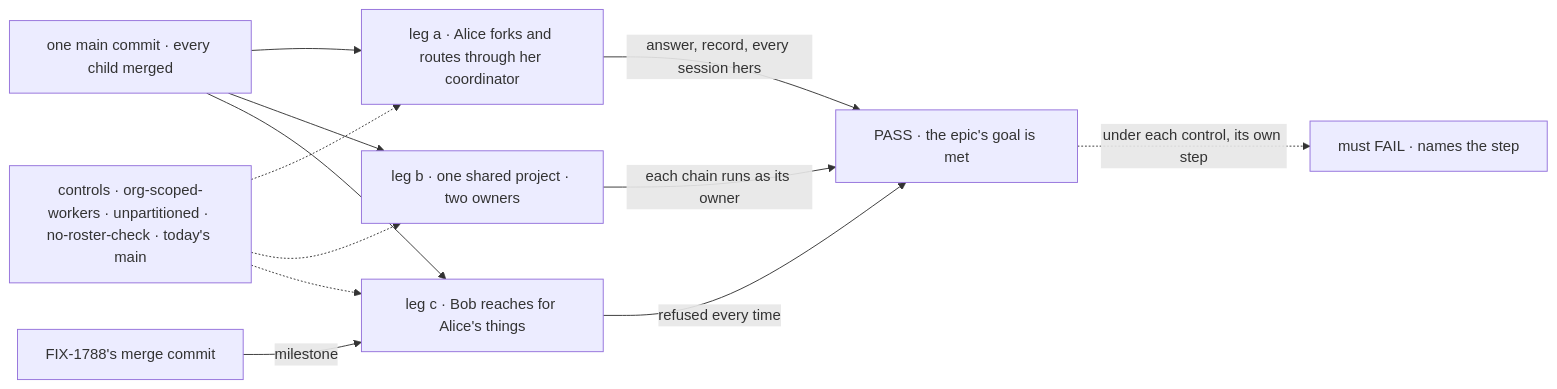
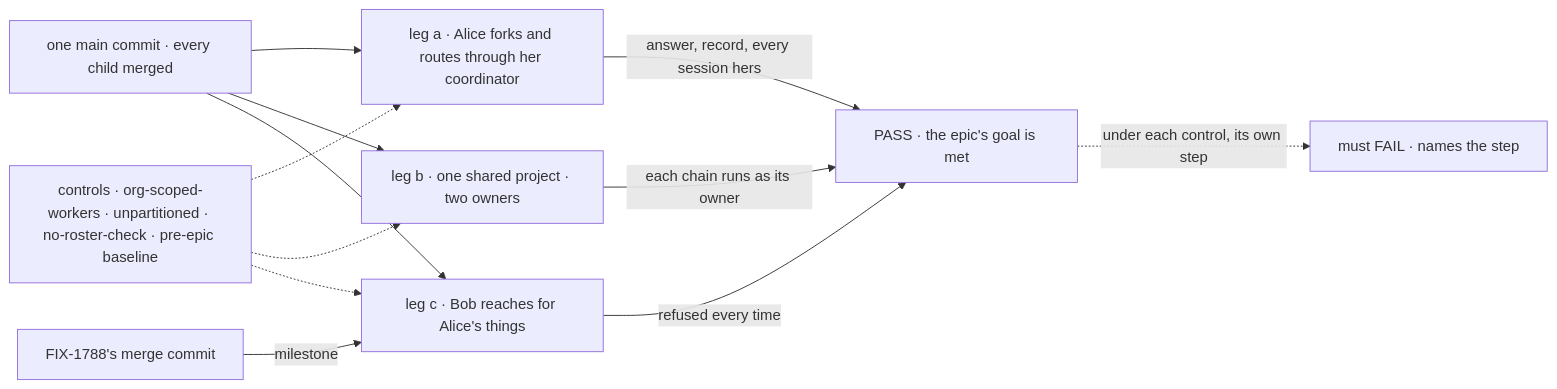
Before and after one commit to fixpoint-labs/flow-state-dev: the diagram in specs/issues/FIX-1797/SPEC.md, drawn with Mermaid. The commit also changed other lines of this file and 4 other files, not shown here.

````diff
--- a/specs/issues/FIX-1797/SPEC.md
+++ b/specs/issues/FIX-1797/SPEC.md
@@ -32,14 +32,14 @@
 ```mermaid
 flowchart LR
   M["one main commit · every child merged"] --> A["leg a · Alice forks and routes through her coordinator"]
   M --> B["leg b · one shared project · two owners"]
   M --> C["leg c · Bob reaches for Alice's things"]
   E["FIX-1788's merge commit"] -->|"milestone"| C
   A -->|"answer, record, every session hers"| P["PASS · the epic's goal is met"]
   B -->|"each chain runs as its owner"| P
   C -->|"refused every time"| P
-  X["controls · org-scoped-workers · unpartitioned · no-roster-check · today's main"] -.-> A
+  X["controls · org-scoped-workers · unpartitioned · no-roster-check · pre-epic baseline"] -.-> A
   X -.-> B
   X -.-> C
   P -.->|"under each control, its own step"| F["must FAIL · names the step"]
 ```
````
